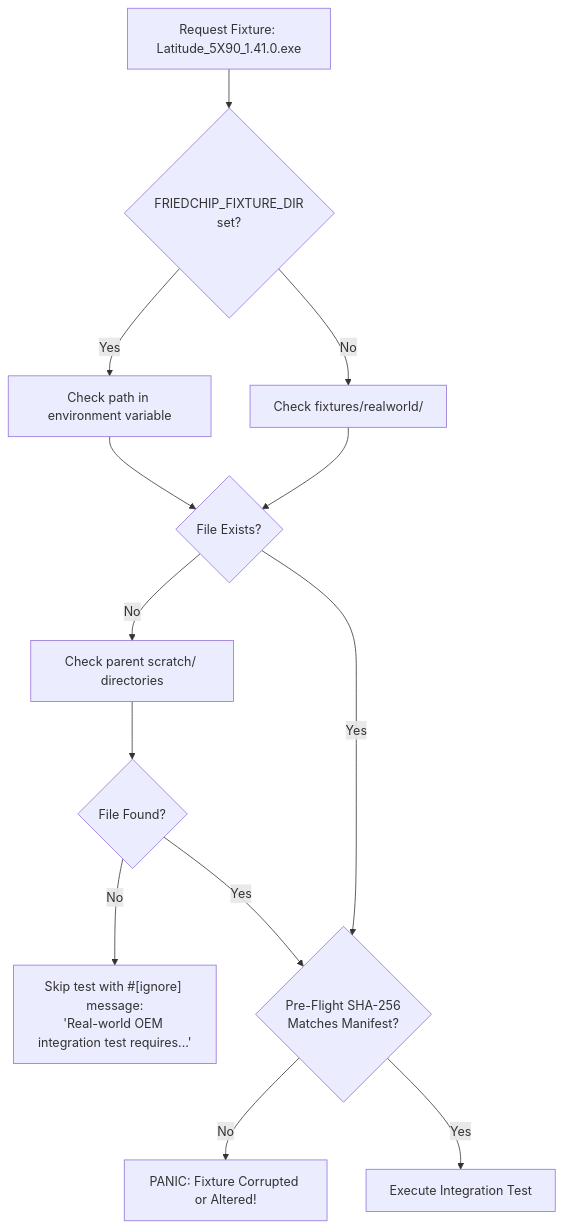
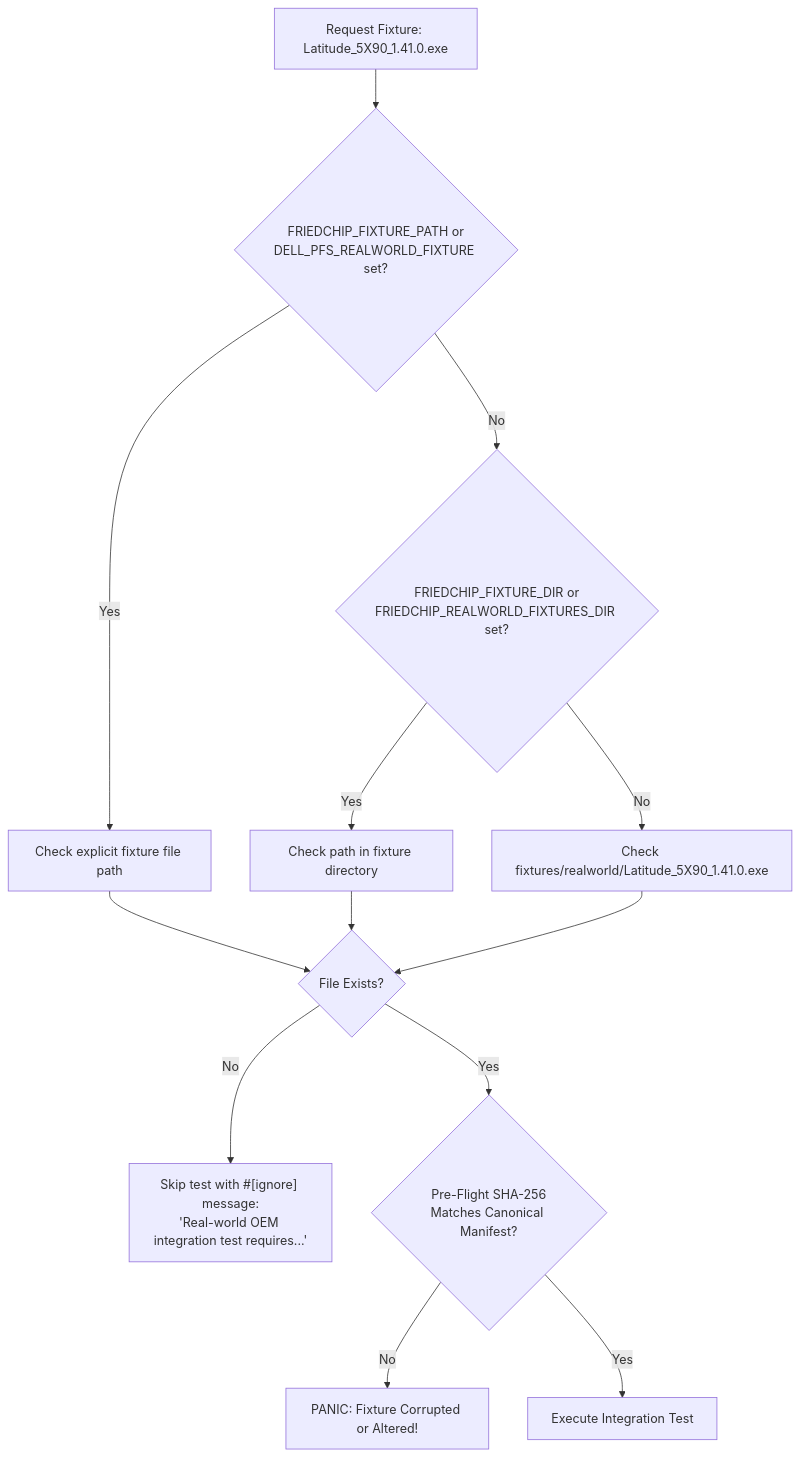
The diagram in docs/PHASE2B_FIXTURE_REGISTER.md (sufibuildwith-py/FriedChip-), drawn with Mermaid before and after one commit. The commit also changed other lines of this file and 9 other files, not shown here.

````diff
--- a/docs/PHASE2B_FIXTURE_REGISTER.md
+++ b/docs/PHASE2B_FIXTURE_REGISTER.md
@@ -35,15 +35,15 @@
 ```mermaid
 flowchart TD
-    Start["Request Fixture: Latitude_5X90_1.41.0.exe"] --> EnvCheck{"FRIEDCHIP_FIXTURE_DIR<br/>set?"}
-    EnvCheck -- Yes --> CheckEnvPath["Check path in environment variable"]
-    EnvCheck -- No --> CheckLocal["Check fixtures/realworld/"]
-    CheckEnvPath --> Exists{"File Exists?"}
+    Start["Request Fixture: Latitude_5X90_1.41.0.exe"] --> FileEnvCheck{"FRIEDCHIP_FIXTURE_PATH or<br/>DELL_PFS_REALWORLD_FIXTURE set?"}
+    FileEnvCheck -- Yes --> CheckFilePath["Check explicit fixture file path"]
+    FileEnvCheck -- No --> DirEnvCheck{"FRIEDCHIP_FIXTURE_DIR or<br/>FRIEDCHIP_REALWORLD_FIXTURES_DIR set?"}
+    DirEnvCheck -- Yes --> CheckDirPath["Check path in fixture directory"]
+    DirEnvCheck -- No --> CheckLocal["Check fixtures/realworld/Latitude_5X90_1.41.0.exe"]
+    CheckFilePath --> Exists{"File Exists?"}
+    CheckDirPath --> Exists
     CheckLocal --> Exists
-    Exists -- No --> Fallback["Check parent scratch/ directories"]
-    Fallback --> Found{"File Found?"}
-    Found -- No --> SkipTest["Skip test with #[ignore] message:<br/>'Real-world OEM integration test requires...'"]
-    Found -- Yes --> CheckHash{"Pre-Flight SHA-256<br/>Matches Manifest?"}
-    Exists -- Yes --> CheckHash
+    Exists -- No --> SkipTest["Skip test with #[ignore] message:<br/>'Real-world OEM integration test requires...'"]
+    Exists -- Yes --> CheckHash{"Pre-Flight SHA-256<br/>Matches Canonical Manifest?"}
     CheckHash -- No --> HardFail["PANIC: Fixture Corrupted or Altered!"]
     CheckHash -- Yes --> ExecTest["Execute Integration Test"]
 ```
````
